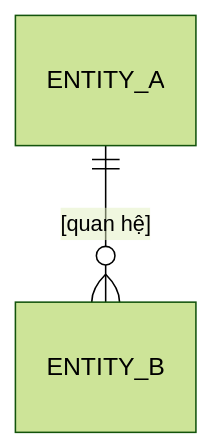
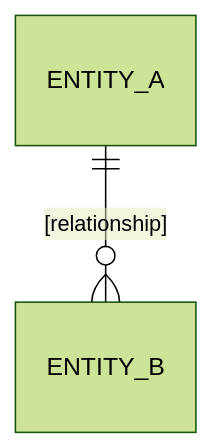
Before and after one commit to TNK-git-hub/React-CRUD-Practice: the diagram in .specify/templates/overrides/domain-model-template.md, drawn with Mermaid (forest theme). The commit also changed other lines of this file and 20 other files, not shown here.

````diff
--- a/.specify/templates/overrides/domain-model-template.md
+++ b/.specify/templates/overrides/domain-model-template.md
@@ -13,4 +13,4 @@
 ```mermaid
 erDiagram
-    ENTITY_A ||--o{ ENTITY_B : "[quan hệ]"
+    ENTITY_A ||--o{ ENTITY_B : "[relationship]"
 ```
````
